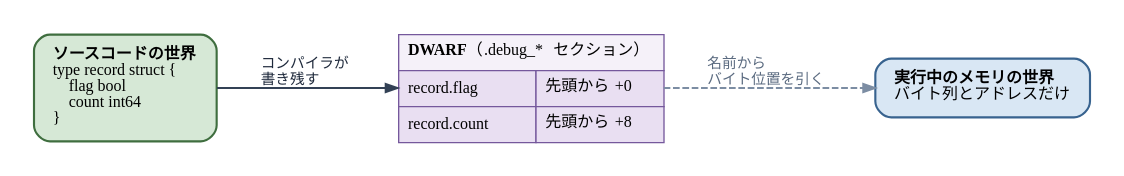
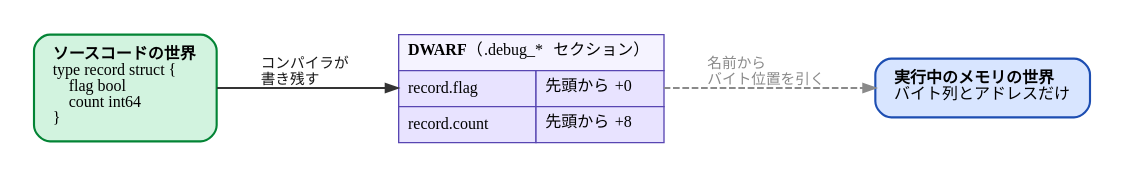
The diagram in diagrams/go-ebpf-primer/20260820-dwarf-field-mapping.dot (ymotongpoo/zenn.dev), drawn with Graphviz before and after one commit. The commit also changed 111 other files, not shown here.

First line of the commit message:
change(go-ebpf-primer): 図の配色をGrafana Labsブランドガイド準拠に更新

```diff
--- a/diagrams/go-ebpf-primer/20260820-dwarf-field-mapping.dot
+++ b/diagrams/go-ebpf-primer/20260820-dwarf-field-mapping.dot
@@ -1,36 +1,36 @@
 // DWARFはソースとメモリを突き合わせる表
 digraph dwarf_field_mapping {
   graph [
     fontname="IBM Plex Sans JP", fontsize=13,
     rankdir=TB, compound=true, splines=true,
     nodesep=0.5, ranksep=0.7, pad=0.25,
     bgcolor="white", newrank=true
   ];
   node [
     fontname="IBM Plex Sans JP", fontsize=12,
     shape=box, style="rounded,filled",
-    fillcolor="#F1F5F9", color="#475569", penwidth=1.6,
+    fillcolor="#F1F1F1", color="#4A4A4A", penwidth=1.6,
     margin="0.2,0.14"
   ];
   edge [
     fontname="IBM Plex Sans JP", fontsize=11,
-    color="#334155", penwidth=1.4, arrowsize=0.9,
-    fontcolor="#1E293B"
+    color="#343434", penwidth=1.4, arrowsize=0.9,
+    fontcolor="#171717"
   ];
   rankdir=LR;
   ranksep=0.9;
 
-  src [label=<<b>ソースコードの世界</b><br align="left"/><font face="JetBrains Mono">type record struct {<br align="left"/>　flag bool<br align="left"/>　count int64<br align="left"/>}</font><br align="left"/>>, fillcolor="#D6E8D6", color="#3F6E3F"];
+  src [label=<<b>ソースコードの世界</b><br align="left"/><font face="JetBrains Mono">type record struct {<br align="left"/>　flag bool<br align="left"/>　count int64<br align="left"/>}</font><br align="left"/>>, fillcolor="#D2F3DF", color="#038435"];
 
   dwarf [shape=plain, style="", label=<
-    <table border="0" cellborder="1" cellspacing="0" cellpadding="6" color="#75589C">
-      <tr><td colspan="2" align="left" bgcolor="#F5F1F9"><font face="Poppins"><b>DWARF</b></font>（<font face="JetBrains Mono">.debug_*</font> セクション）</td></tr>
-      <tr><td align="left" bgcolor="#E9DFF2"><font face="JetBrains Mono">record.flag</font></td><td align="left" bgcolor="#E9DFF2">先頭から <font face="JetBrains Mono">+0</font></td></tr>
-      <tr><td align="left" bgcolor="#E9DFF2"><font face="JetBrains Mono">record.count</font></td><td align="left" bgcolor="#E9DFF2">先頭から <font face="JetBrains Mono">+8</font></td></tr>
+    <table border="0" cellborder="1" cellspacing="0" cellpadding="6" color="#5846B2">
+      <tr><td colspan="2" align="left" bgcolor="#F5F3FF"><font face="Poppins"><b>DWARF</b></font>（<font face="JetBrains Mono">.debug_*</font> セクション）</td></tr>
+      <tr><td align="left" bgcolor="#E8E3FF"><font face="JetBrains Mono">record.flag</font></td><td align="left" bgcolor="#E8E3FF">先頭から <font face="JetBrains Mono">+0</font></td></tr>
+      <tr><td align="left" bgcolor="#E8E3FF"><font face="JetBrains Mono">record.count</font></td><td align="left" bgcolor="#E8E3FF">先頭から <font face="JetBrains Mono">+8</font></td></tr>
     </table>>];
 
-  mem [label=<<b>実行中のメモリの世界</b><br align="left"/>バイト列とアドレスだけ<br align="left"/>>, fillcolor="#D9E7F4", color="#38638F"];
+  mem [label=<<b>実行中のメモリの世界</b><br align="left"/>バイト列とアドレスだけ<br align="left"/>>, fillcolor="#D8E5FF", color="#1D4EB2"];
 
   src -> dwarf [label=" コンパイラが\l 書き残す\l"];
-  dwarf -> mem [label=" 名前から\l バイト位置を引く\l", style=dashed, color="#7C8DA3", fontcolor="#5B6B80"];
+  dwarf -> mem [label=" 名前から\l バイト位置を引く\l", style=dashed, color="#8A8A8A", fontcolor="#8A8A8A"];
 }
```
